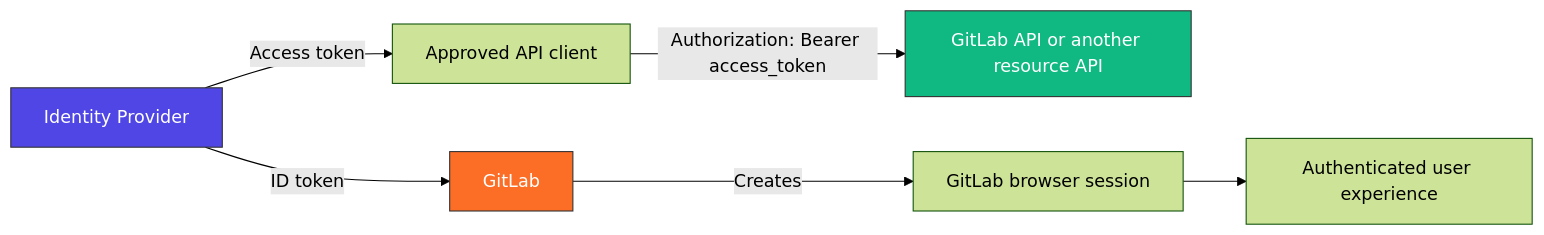
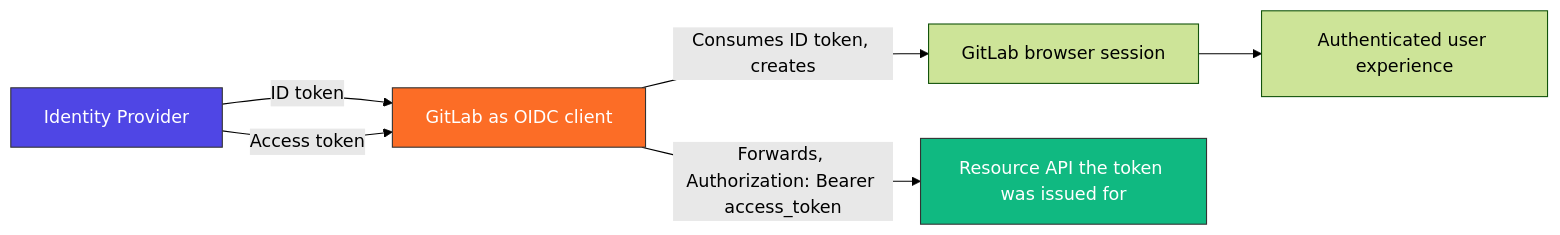
Before and after one commit to abdelhousni/til: the second of 3 diagrams in oauth2/gitlab-oauth2-oidc-principle.md, drawn with Mermaid (forest theme). The commit also changed other lines of this file, not shown here.

First line of the commit message:
docs: fix four correctness issues in the OAuth2/OIDC TIL

````diff
--- a/oauth2/gitlab-oauth2-oidc-principle.md
+++ b/oauth2/gitlab-oauth2-oidc-principle.md
@@ -68,14 +68,14 @@
 ```mermaid
 flowchart LR
     IdP[Identity Provider]
-    IdP -->|ID token| GL[GitLab]
-    IdP -->|Access token| C[Approved API client]
-    C -->|Authorization: Bearer access_token| API[GitLab API or another resource API]
+    IdP -->|ID token| GL[GitLab as OIDC client]
+    IdP -->|Access token| GL
 
-    GL -->|Creates| S[GitLab browser session]
+    GL -->|Consumes ID token, creates| S[GitLab browser session]
     S --> U[Authenticated user experience]
+    GL -->|Forwards, Authorization: Bearer access_token| API[Resource API the token was issued for]
 
     style GL fill:#fc6d26,color:#fff,stroke:#333
     style IdP fill:#4f46e5,color:#fff,stroke:#333
     style API fill:#10b981,color:#fff,stroke:#333
 ```
````
